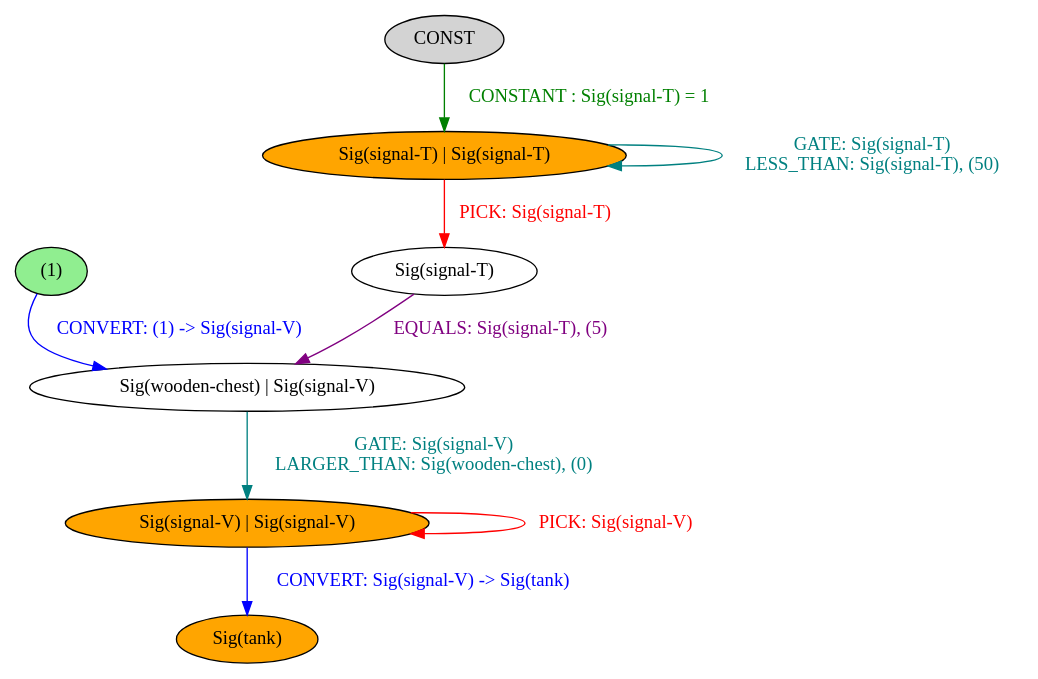
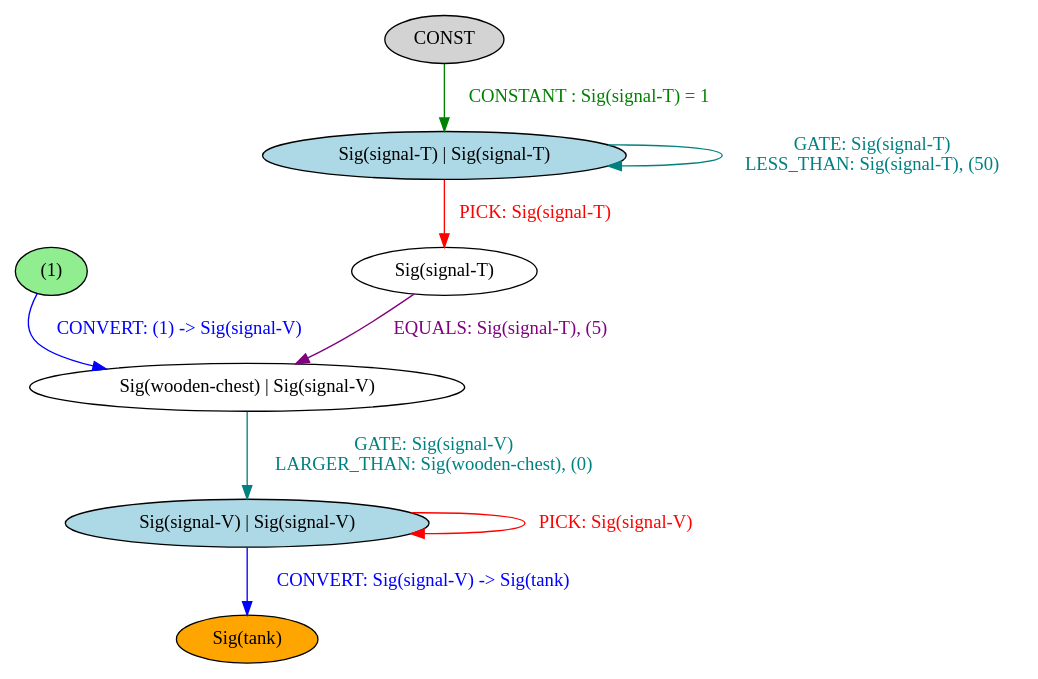
The diagram in chef-lang/examples/counter.output.dot (BalderHolst/chef), drawn with Graphviz before and after one commit. The commit also changed 10 other files, not shown here.

```diff
--- a/chef-lang/examples/counter.output.dot
+++ b/chef-lang/examples/counter.output.dot
@@ -1,20 +1,20 @@
 strict digraph {
 	nodesep=1
 	5	[style=filled fillcolor=white label="Sig(signal-T)"]
 	7	[style=filled fillcolor=lightgreen label="(1)"]
-	1	[style=filled fillcolor=orange label="Sig(signal-T) | Sig(signal-T)"]
-	3	[style=filled fillcolor=orange label="Sig(signal-V) | Sig(signal-V)"]
+	1	[style=filled fillcolor=lightblue label="Sig(signal-T) | Sig(signal-T)"]
+	3	[style=filled fillcolor=lightblue label="Sig(signal-V) | Sig(signal-V)"]
 	2	[style=filled fillcolor=lightgray label="CONST"]
 	9	[style=filled fillcolor=orange label="Sig(tank)"]
 	8	[style=filled fillcolor=white label="Sig(wooden-chest) | Sig(signal-V)"]
 	5 -> 8	[label="EQUALS: Sig(signal-T), (5)" color=purple fontcolor=purple]
 	7 -> 8	[label="CONVERT: (1) -> Sig(signal-V)" color=blue fontcolor=blue]
 	1 -> 1	[label="GATE: Sig(signal-T)
 LESS_THAN: Sig(signal-T), (50)" color=teal fontcolor=teal]
 	1 -> 5	[label="PICK: Sig(signal-T)" color=red fontcolor=red]
 	3 -> 3	[label="PICK: Sig(signal-V)" color=red fontcolor=red]
 	3 -> 9	[label="CONVERT: Sig(signal-V) -> Sig(tank)" color=blue fontcolor=blue]
 	2 -> 1	[label="CONSTANT : Sig(signal-T) = 1" color=green fontcolor=green]
 	8 -> 3	[label="GATE: Sig(signal-V)
 LARGER_THAN: Sig(wooden-chest), (0)" color=teal fontcolor=teal]
 }
```
